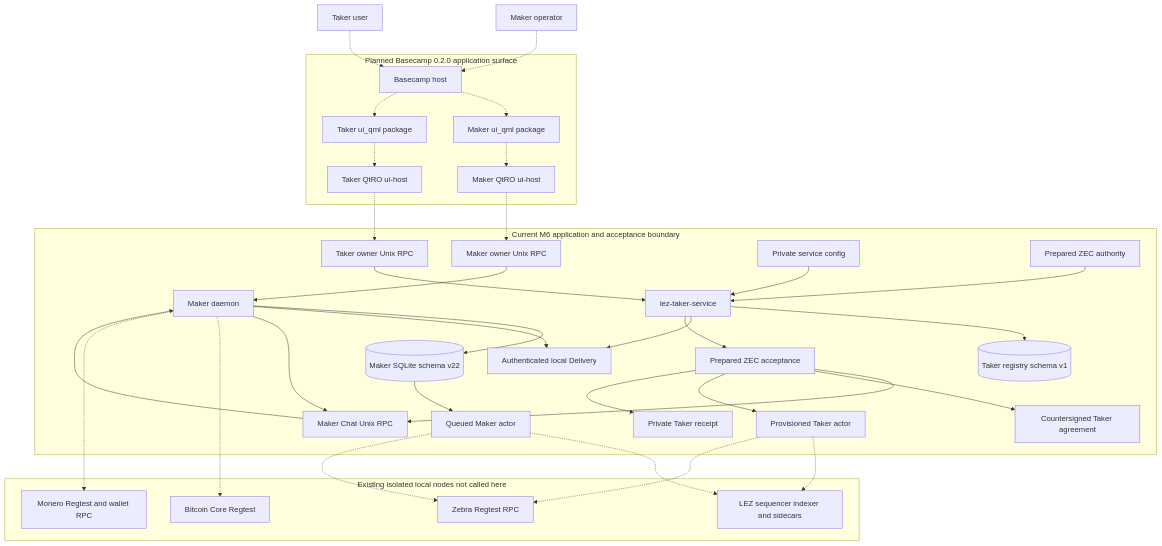
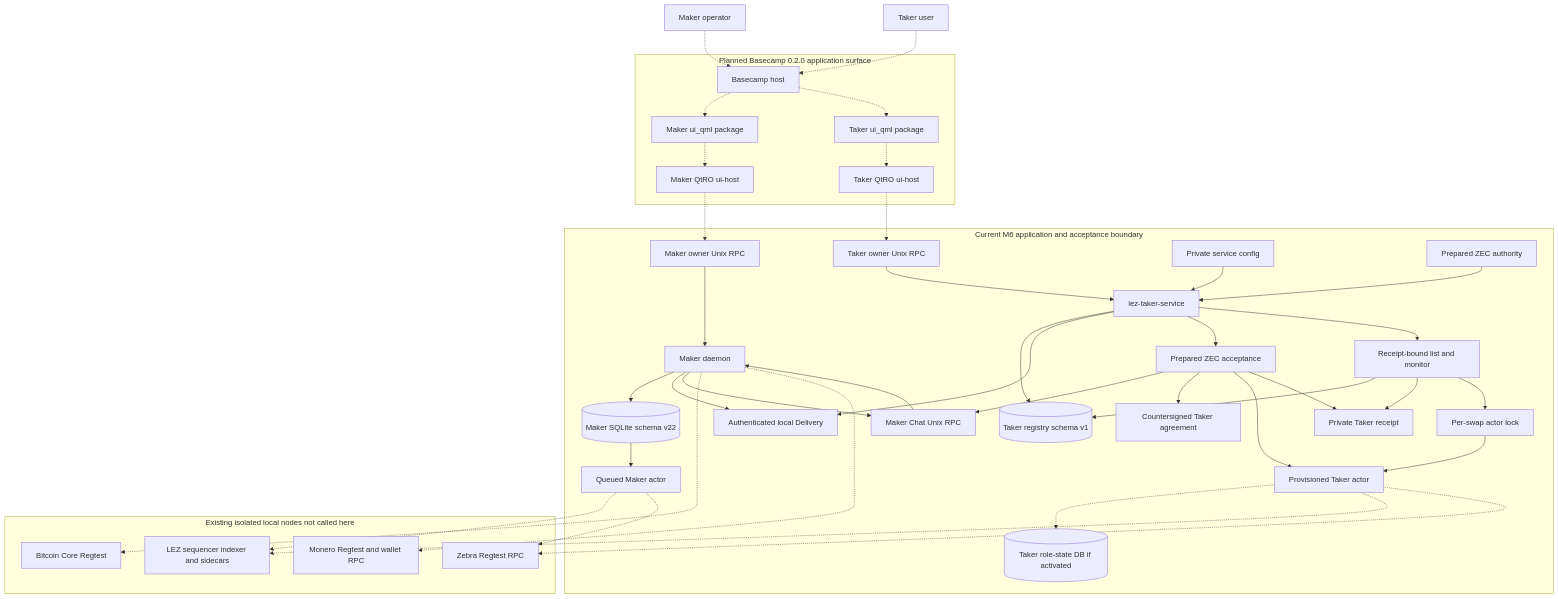
The second of 34 diagrams in docs/architecture/system-architecture.md (gateway-fm/lez-atomic-swaps), drawn with Mermaid before and after one commit. The commit also changed other lines of this file and 8 other files, not shown here.

Commit message:
docs(m6): explain receipt-bound swap monitoring

````diff
--- a/docs/architecture/system-architecture.md
+++ b/docs/architecture/system-architecture.md
@@ -74,72 +80,81 @@
 ```mermaid
 flowchart TB
     MakerOperator["Maker operator"]
     TakerUser["Taker user"]
 
     subgraph BasecampTarget["Planned Basecamp 0.2.0 application surface"]
         Basecamp["Basecamp host"]
         MakerQml["Maker ui_qml package"]
         TakerQml["Taker ui_qml package"]
         MakerHost["Maker QtRO ui-host"]
         TakerHost["Taker QtRO ui-host"]
     end
 
     subgraph CurrentM6["Current M6 application and acceptance boundary"]
         MakerRpc["Maker owner Unix RPC"]
         MakerDaemon["Maker daemon"]
         MakerDb[("Maker SQLite schema v22")]
         Delivery["Authenticated local Delivery"]
         Chat["Maker Chat Unix RPC"]
         TakerSocket["Taker owner Unix RPC"]
         TakerService["lez-taker-service"]
         TakerConfig["Private service config"]
         Prepared["Prepared ZEC authority"]
         Registry[("Taker registry schema v1")]
         Accept["Prepared ZEC acceptance"]
         Agreement["Countersigned Taker agreement"]
         Receipt["Private Taker receipt"]
         MakerActor["Queued Maker actor"]
         TakerActor["Provisioned Taker actor"]
+        Monitor["Receipt-bound list and monitor"]
+        ActorLock["Per-swap actor lock"]
+        RoleState[("Taker role-state DB if activated")]
     end
 
     subgraph LocalChains["Existing isolated local nodes not called here"]
         Lez["LEZ sequencer indexer and sidecars"]
         Bitcoin["Bitcoin Core Regtest"]
         Monero["Monero Regtest and wallet RPC"]
         Zcash["Zebra Regtest RPC"]
     end
 
     MakerOperator -.-> Basecamp
     TakerUser -.-> Basecamp
     Basecamp -.-> MakerQml
     Basecamp -.-> TakerQml
     MakerQml -.-> MakerHost
     TakerQml -.-> TakerHost
     MakerHost -.-> MakerRpc
     TakerHost -.-> TakerSocket
 
     MakerRpc --> MakerDaemon
     MakerDaemon --> MakerDb
     MakerDaemon --> Delivery
     MakerDaemon --> Chat
 
     TakerSocket --> TakerService
     TakerConfig --> TakerService
     Prepared --> TakerService
     TakerService --> Registry
     TakerService --> Delivery
     TakerService --> Accept
     Accept --> Chat
     Chat --> MakerDaemon
     MakerDb --> MakerActor
     Accept --> Agreement
     Accept --> TakerActor
     Accept --> Receipt
+    TakerService --> Monitor
+    Monitor --> Registry
+    Monitor --> Receipt
+    Monitor --> ActorLock
+    ActorLock --> TakerActor
+    TakerActor -.-> RoleState
 
     MakerActor -.-> Lez
     MakerActor -.-> Zcash
     TakerActor -.-> Lez
     TakerActor -.-> Zcash
     MakerDaemon -.-> Bitcoin
     MakerDaemon -.-> Monero
 ```
````
